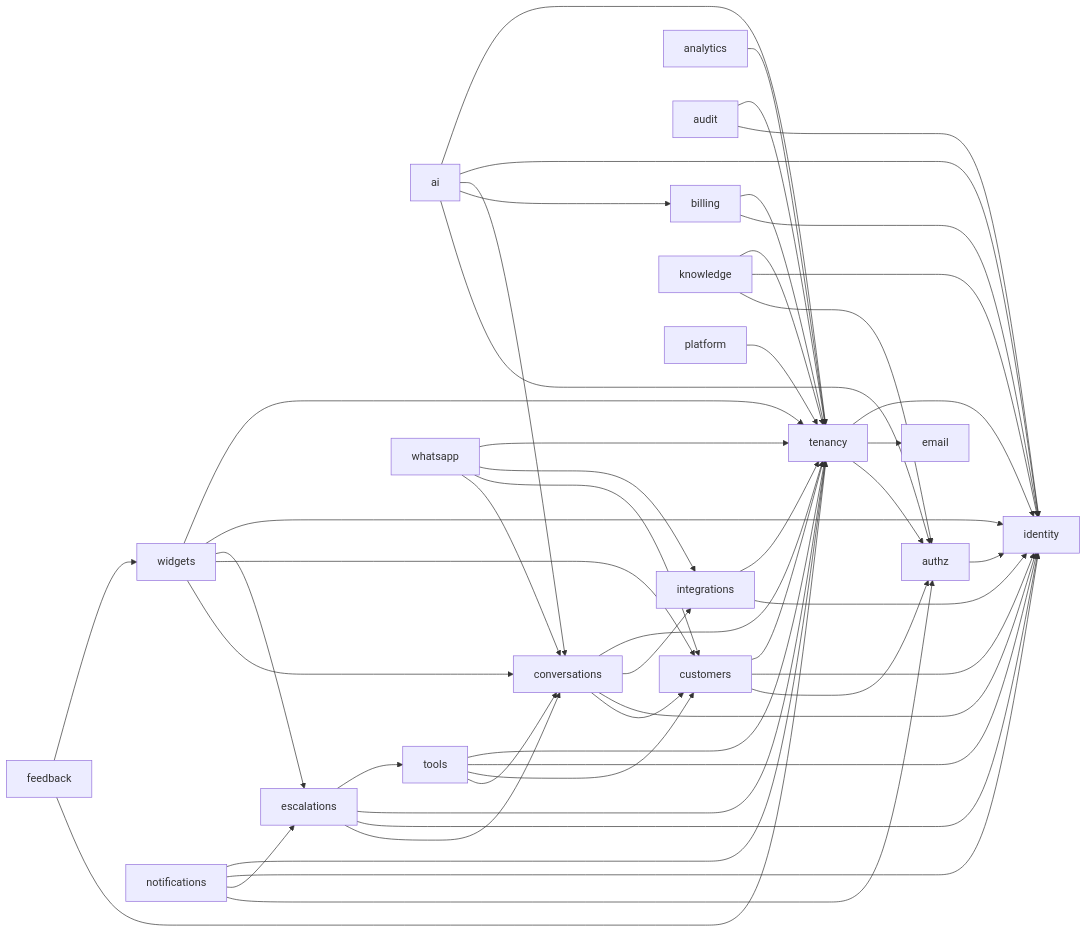
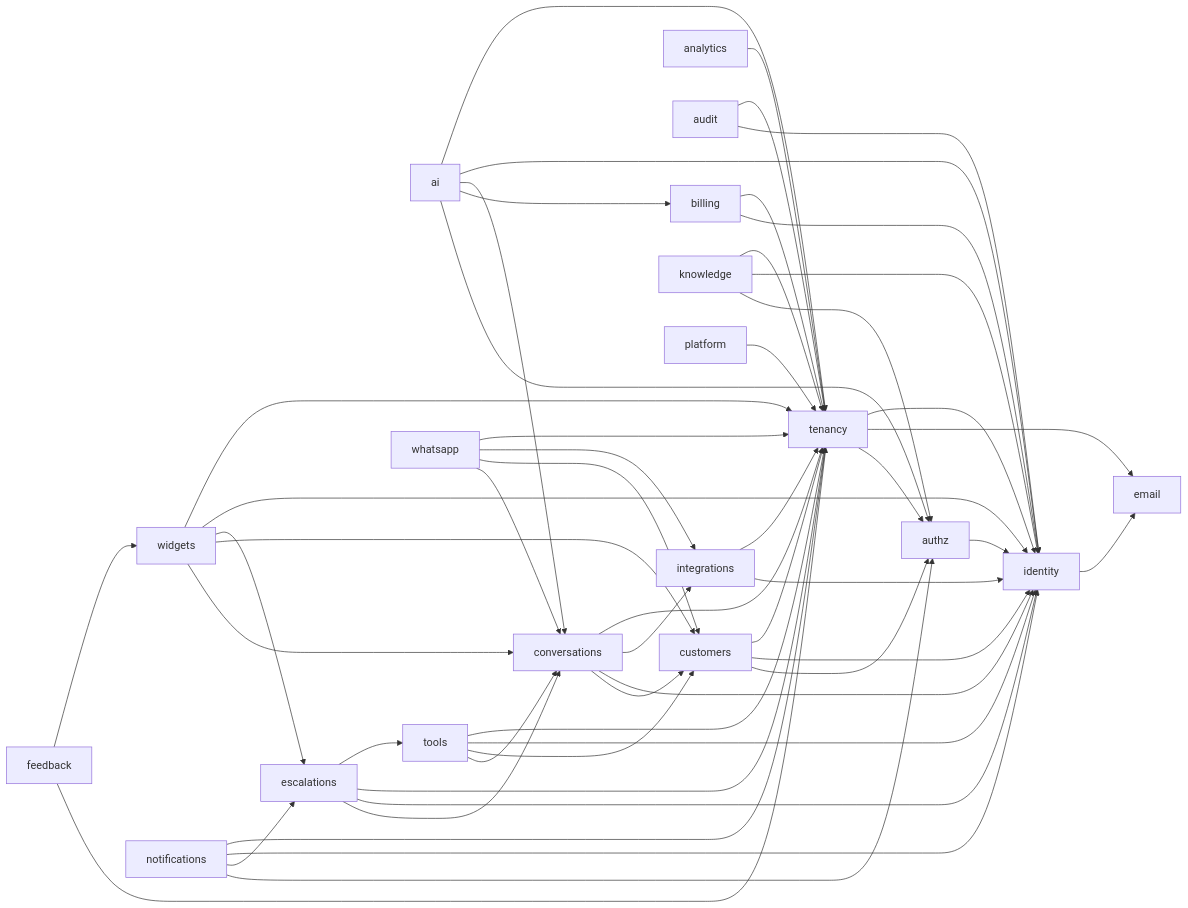
The diagram in docs/architecture/module-dependencies.md (mohamed155/customer-service-chat-system), drawn with Mermaid before and after one commit. The commit also changed other lines of this file and 143 other files, not shown here.

````diff
--- a/docs/architecture/module-dependencies.md
+++ b/docs/architecture/module-dependencies.md
@@ -41,53 +41,54 @@
 ```mermaid
 flowchart LR
   ai --> authz
   ai --> billing
   ai --> conversations
   ai --> identity
   ai --> tenancy
   analytics --> tenancy
   audit --> identity
   audit --> tenancy
   authz --> identity
   billing --> identity
   billing --> tenancy
   conversations --> customers
   conversations --> identity
   conversations --> integrations
   conversations --> tenancy
   customers --> authz
   customers --> identity
   customers --> tenancy
   escalations --> conversations
   escalations --> identity
   escalations --> tenancy
   escalations --> tools
   feedback --> tenancy
   feedback --> widgets
+  identity --> email
   integrations --> identity
   integrations --> tenancy
   knowledge --> authz
   knowledge --> identity
   knowledge --> tenancy
   notifications --> authz
   notifications --> escalations
   notifications --> identity
   notifications --> tenancy
   platform --> tenancy
   tenancy --> authz
   tenancy --> email
   tenancy --> identity
   tools --> conversations
   tools --> customers
   tools --> identity
   tools --> tenancy
   whatsapp --> conversations
   whatsapp --> customers
   whatsapp --> integrations
   whatsapp --> tenancy
   widgets --> conversations
   widgets --> customers
   widgets --> escalations
   widgets --> identity
   widgets --> tenancy
 ```
````
